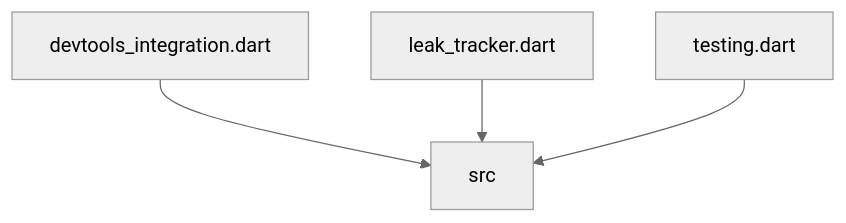
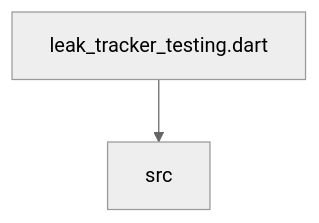
The diagram in pkgs/leak_tracker_testing/lib/DEPENDENCIES.md (dart-lang/leak_tracker), drawn with Mermaid (neutral theme) before and after one commit. The commit also changed 39 other files, not shown here.

````diff
--- a/pkgs/leak_tracker_testing/lib/DEPENDENCIES.md
+++ b/pkgs/leak_tracker_testing/lib/DEPENDENCIES.md
@@ -6,6 +6,4 @@
 ```mermaid
 flowchart TD;
-devtools_integration.dart-->src;
-leak_tracker.dart-->src;
-testing.dart-->src;
+leak_tracker_testing.dart-->src;
 ```
````
